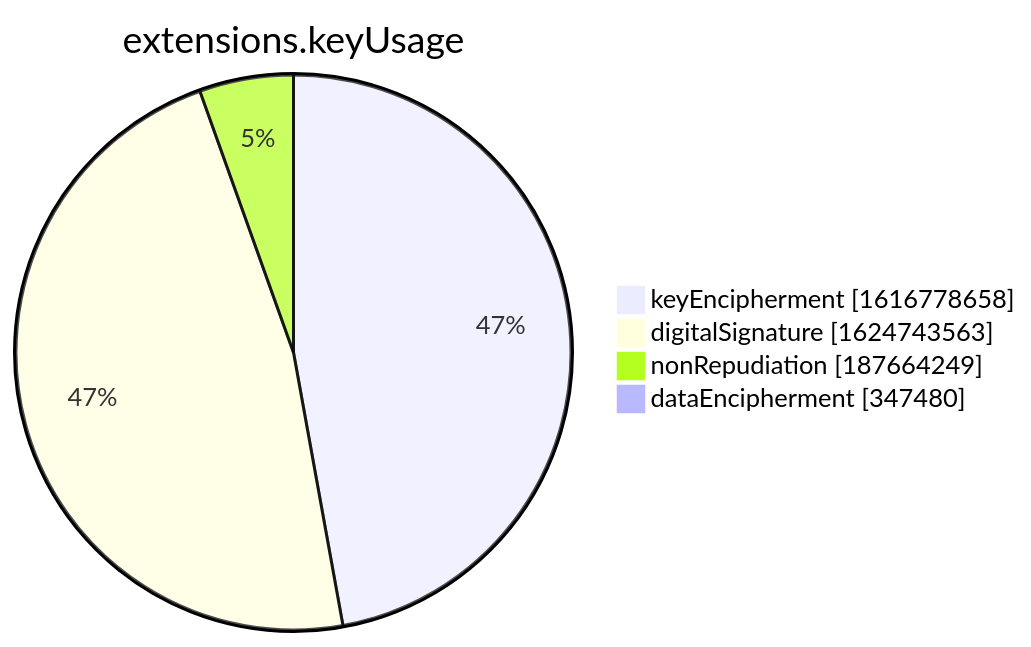
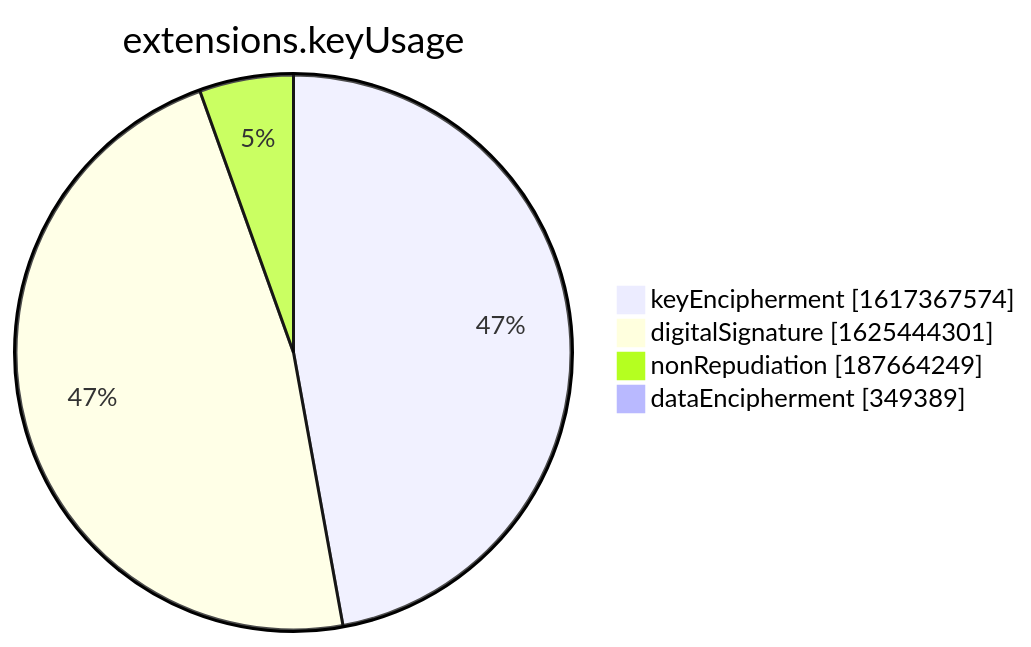
One commit to christiankrug/ctmonitor_visualization changed the seventh of 15 diagrams in xenon2022/README.md. Above: the diagram before and after it, drawn with Mermaid. The commit also changed other lines of this file, not shown here.

````diff
--- a/xenon2022/README.md
+++ b/xenon2022/README.md
@@ -2855,8 +2855,8 @@
 ```mermaid
 pie showData
 title extensions.keyUsage
-"keyEncipherment" :1616778658
-"digitalSignature" :1624743563
+"keyEncipherment" :1617367574
+"digitalSignature" :1625444301
 "nonRepudiation" :187664249
-"dataEncipherment" :347480
+"dataEncipherment" :349389
 ```
````
